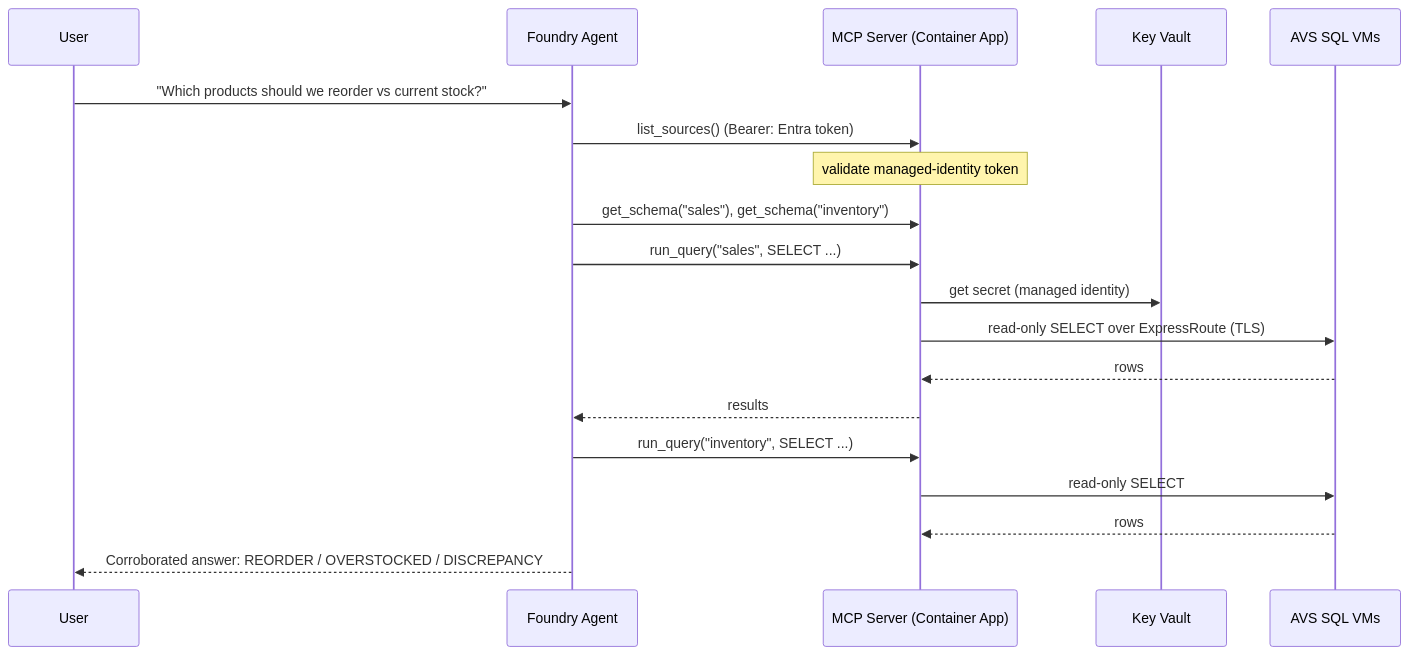
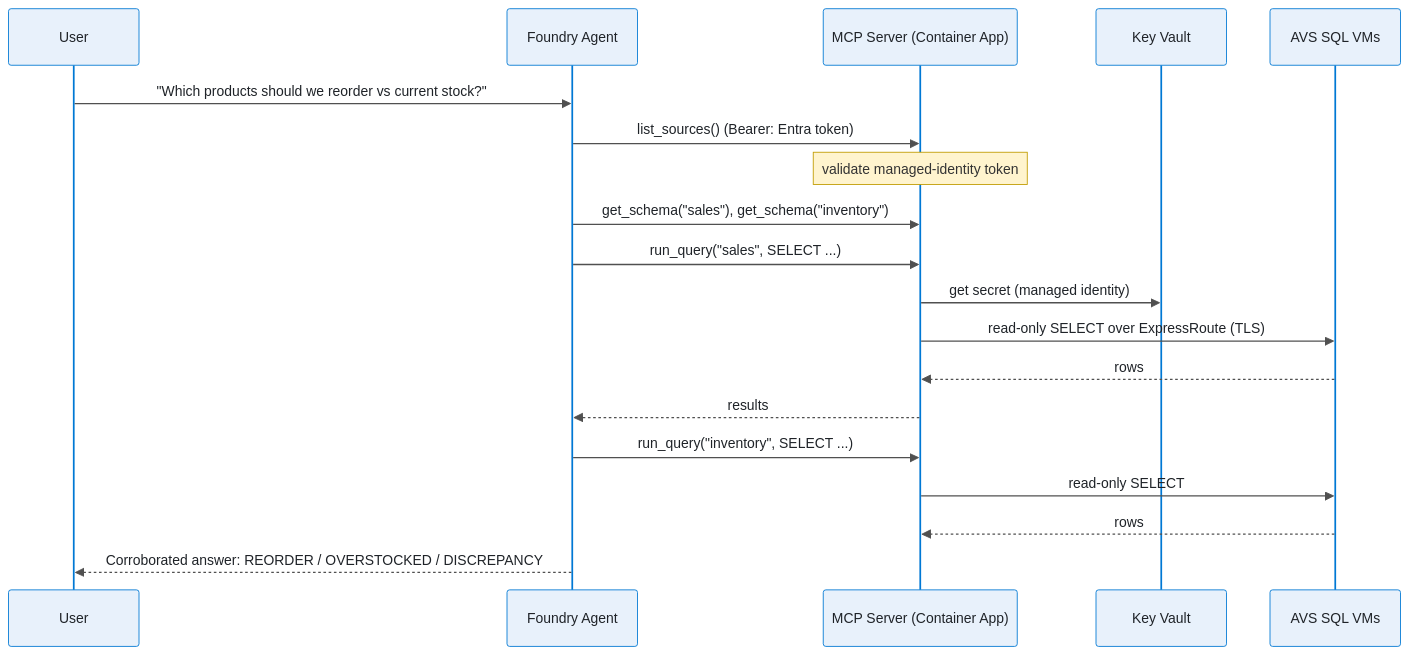
The third of 3 diagrams in docs/blog.md (nivasn-msft/AVS-workload-agent), drawn with Mermaid before and after one commit. The commit also changed other lines of this file and 10 other files, not shown here.

First line of the commit message:
docs: replace mermaid diagrams with Azure-styled SVGs

````diff
--- a/docs/blog.md
+++ b/docs/blog.md
@@ -185,21 +219,26 @@
 ```mermaid
+%%{init: {'theme':'base','themeVariables':{
+  'fontFamily':'Segoe UI, -apple-system, sans-serif',
+  'primaryColor':'#E8F1FB','primaryTextColor':'#1F2328','primaryBorderColor':'#0078D4',
+  'lineColor':'#8661C5','actorBkg':'#E8F1FB','actorBorder':'#0078D4','actorTextColor':'#1F2328',
+  'signalColor':'#505050','signalTextColor':'#1F2328','noteBkgColor':'#FFF4CE','noteBorderColor':'#C19C00'}}}%%
 sequenceDiagram
     participant U as User
     participant A as Foundry Agent
     participant M as MCP Server (Container App)
     participant K as Key Vault
     participant D as AVS SQL VMs
     U->>A: "Which products should we reorder vs current stock?"
     A->>M: list_sources()  (Bearer: Entra token)
     Note over M: validate managed-identity token
     A->>M: get_schema("sales"), get_schema("inventory")
     A->>M: run_query("sales", SELECT ...)
     M->>K: get secret (managed identity)
     M->>D: read-only SELECT over ExpressRoute (TLS)
     D-->>M: rows
     M-->>A: results
     A->>M: run_query("inventory", SELECT ...)
     M->>D: read-only SELECT
     D-->>M: rows
     A-->>U: Corroborated answer: REORDER / OVERSTOCKED / DISCREPANCY
 ```
````
